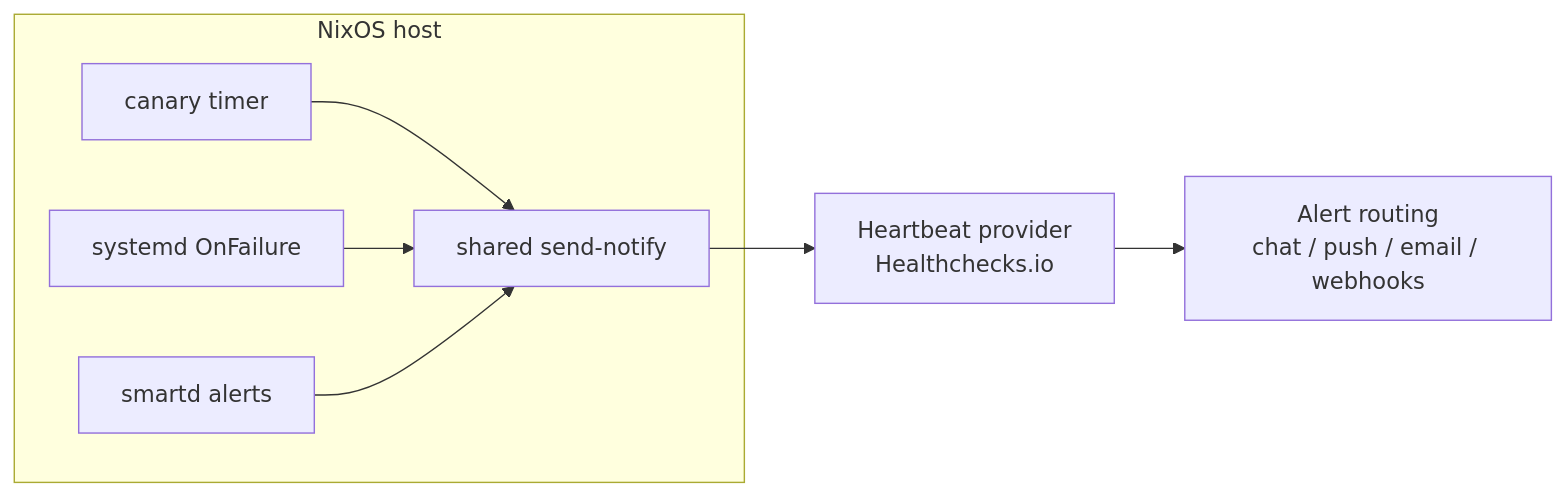
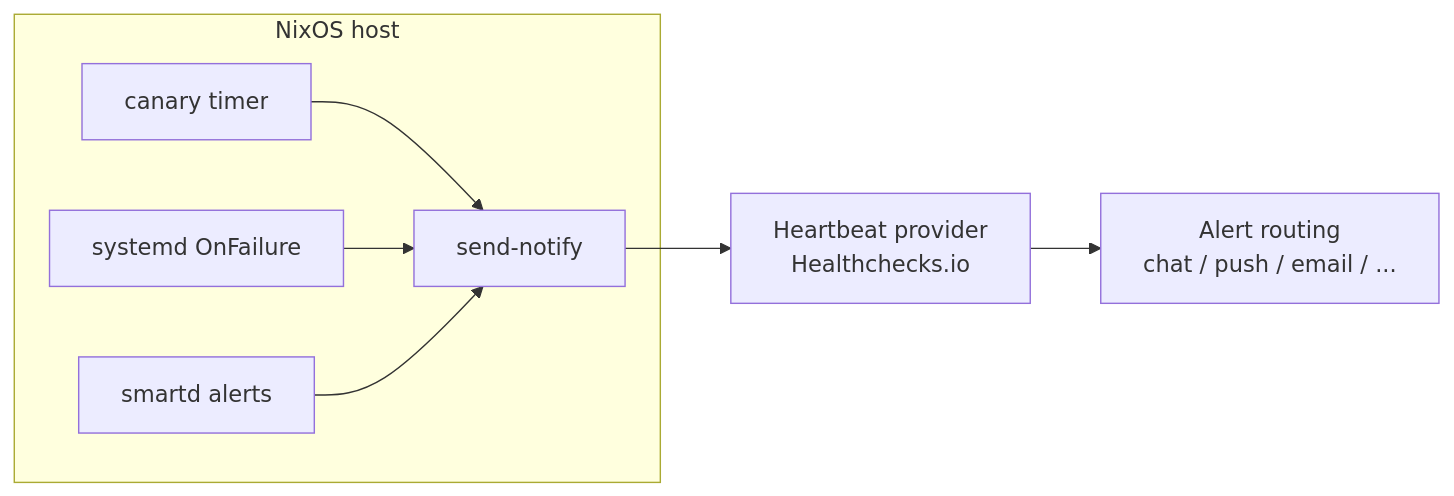
One commit to dbast/nixos-monitoring-lite changed the diagram in README.md. Above: the diagram before and after it, drawn with Mermaid. The commit also changed other lines of this file and 5 other files, not shown here.

````diff
--- a/README.md
+++ b/README.md
@@ -9,16 +9,16 @@
 ```mermaid
 flowchart LR
   subgraph Host[NixOS host]
     Canary[canary timer]
     Systemd[systemd OnFailure]
     Smartd[smartd alerts]
-    Sender[shared send-notify]
+    Sender[send-notify]
   end
 
   Canary --> Sender
   Systemd --> Sender
   Smartd --> Sender
 
   Sender --> Provider[Heartbeat provider<br/>Healthchecks.io]
-  Provider --> Alerts[Alert routing<br/>chat / push / email / webhooks]
+  Provider --> Alerts[Alert routing<br/>chat / push / email / ...]
 ```
````
